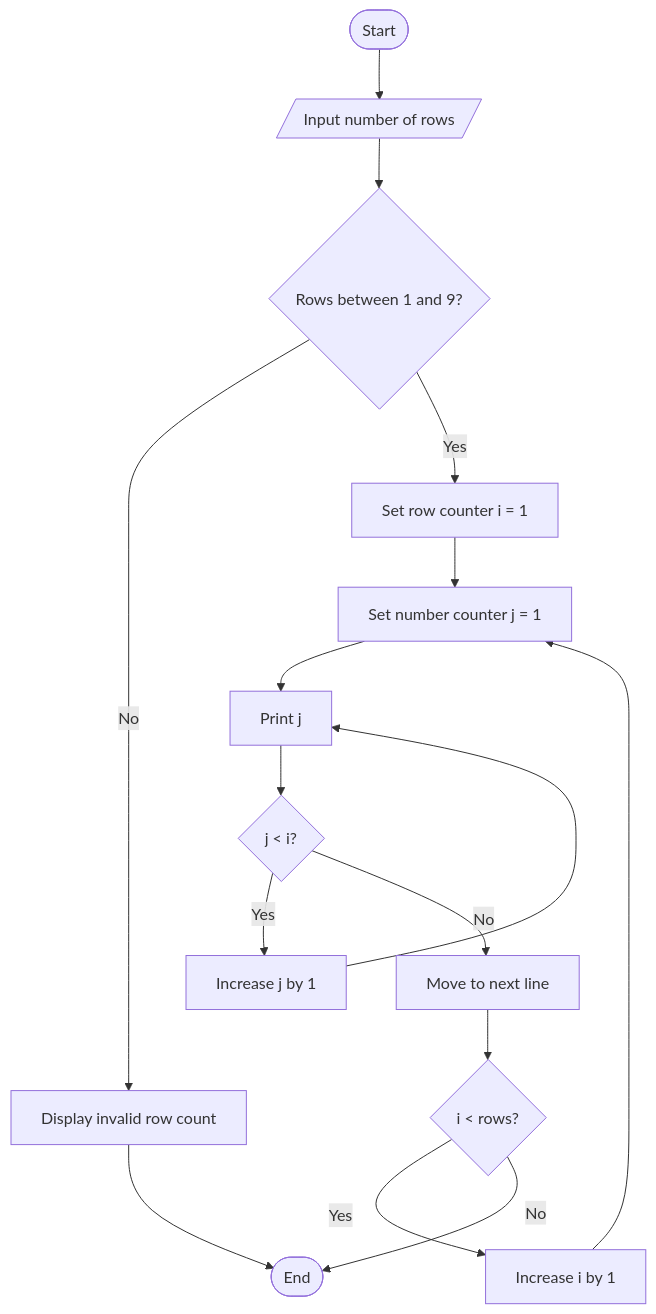
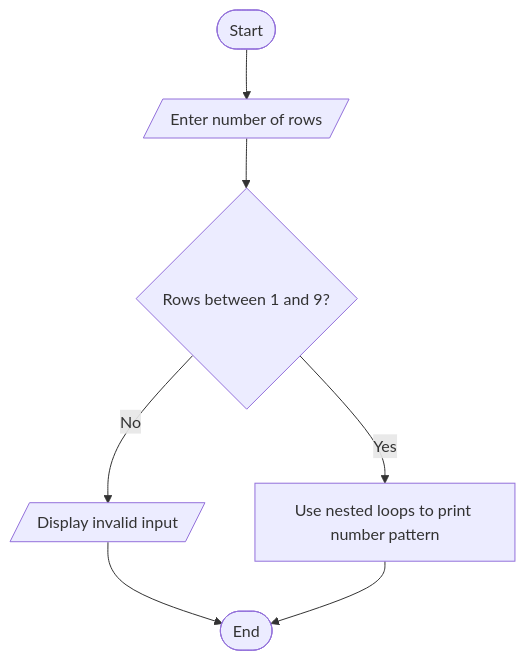
One commit to AmulyaShaineyCh/ABL-PYTHON changed the diagram in 04_Numeric_Pattern_Generator/flowchart.md. Above: the diagram before and after it, drawn with Mermaid. The commit also changed other lines of this file, not shown here.

Commit message:
Simplify diagrammatic flowchart for project 4

````diff
--- a/04_Numeric_Pattern_Generator/flowchart.md
+++ b/04_Numeric_Pattern_Generator/flowchart.md
@@ -3,18 +3,9 @@
 ```mermaid
 flowchart TD
-    A([Start]) --> B[/Input number of rows/]
-    B --> C{Rows between 1 and 9?}
-    C -- No --> D[Display invalid row count]
-    D --> Z([End])
-    C -- Yes --> E[Set row counter i = 1]
-    E --> F[Set number counter j = 1]
-    F --> G[Print j]
-    G --> H{j < i?}
-    H -- Yes --> I[Increase j by 1]
-    I --> G
-    H -- No --> J[Move to next line]
-    J --> K{i < rows?}
-    K -- Yes --> L[Increase i by 1]
-    L --> F
-    K -- No --> Z
+ A([Start]) --> B[/Enter number of rows/]
+ B --> C{Rows between 1 and 9?}
+ C -- No --> D[/Display invalid input/]
+ C -- Yes --> E[Use nested loops to print number pattern]
+ D --> F([End])
+ E --> F
 ```
````
